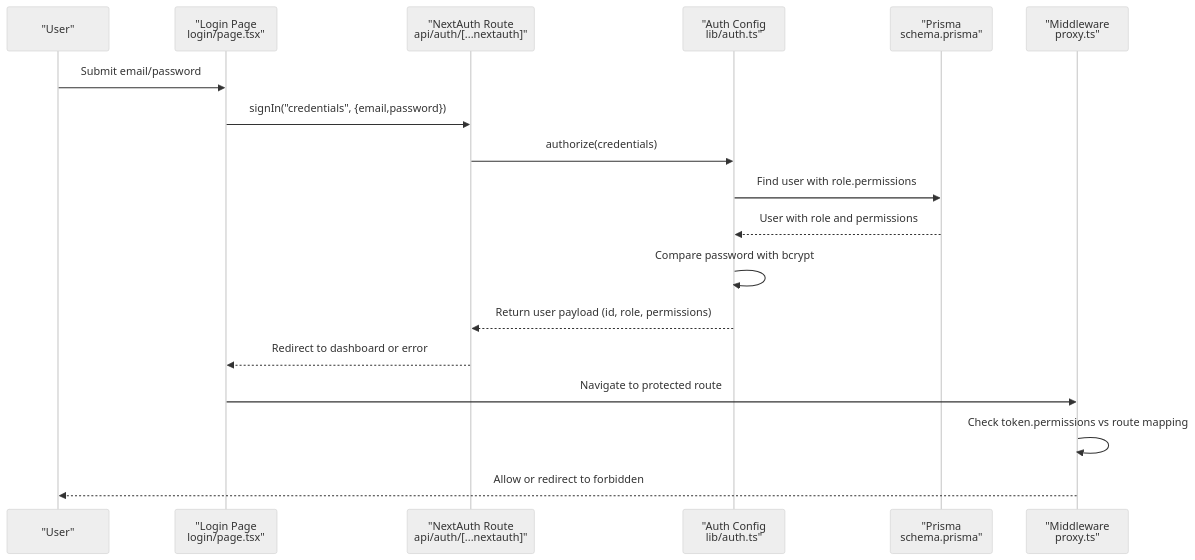
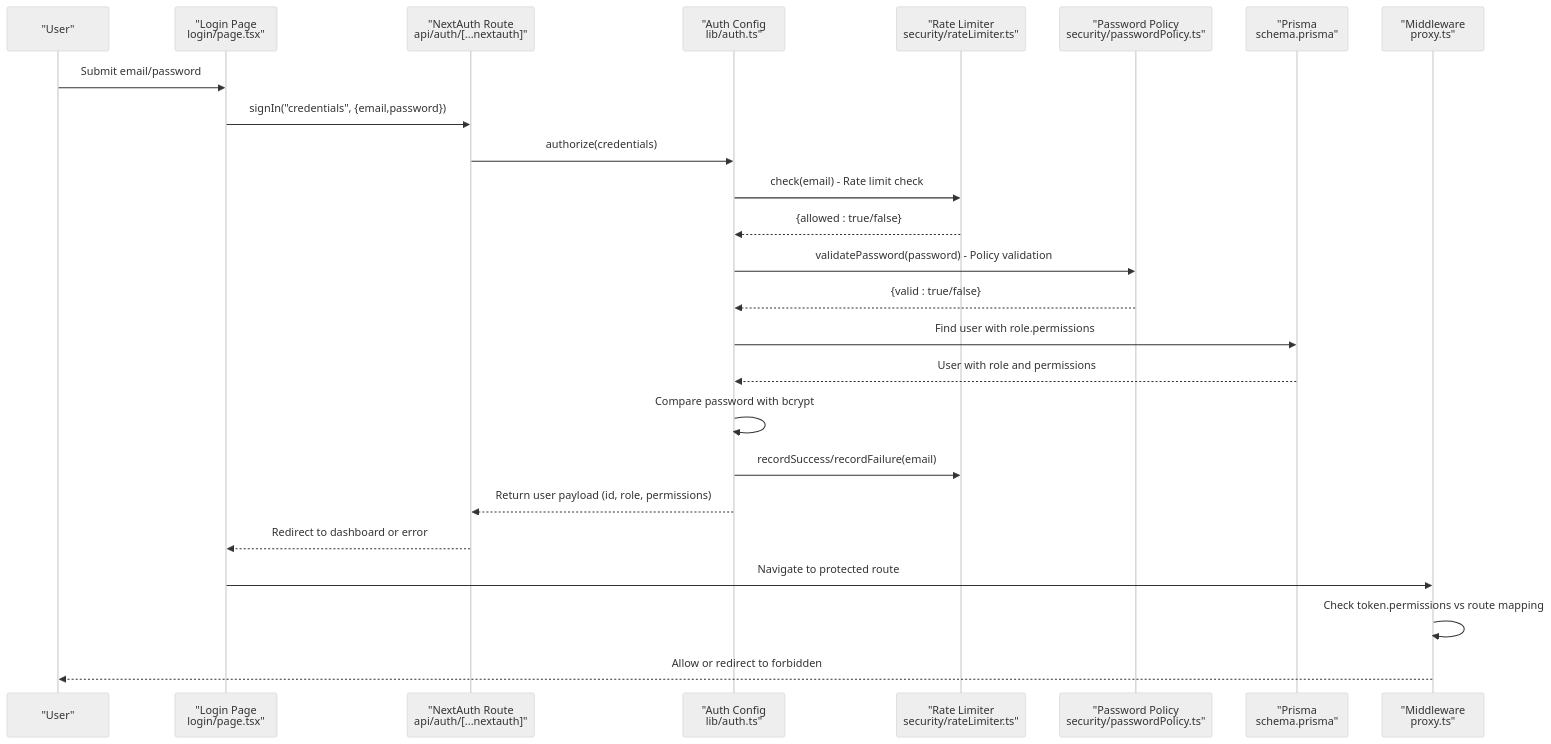
Before and after one commit to bazs69/ApsAsrama: the second of 5 diagrams in .qoder/repowiki/en/content/Authentication & Authorization/Authentication & Authorization.md, drawn with Mermaid (neutral theme). The commit also changed other lines of this file and 293 other files, not shown here.

````diff
--- a/.qoder/repowiki/en/content/Authentication & Authorization/Authentication & Authorization.md
+++ b/.qoder/repowiki/en/content/Authentication & Authorization/Authentication & Authorization.md
@@ -110,20 +145,27 @@
 ```mermaid
 sequenceDiagram
 participant U as "User"
 participant LP as "Login Page<br/>login/page.tsx"
 participant NA as "NextAuth Route<br/>api/auth/[...nextauth]"
 participant AC as "Auth Config<br/>lib/auth.ts"
+participant RL as "Rate Limiter<br/>security/rateLimiter.ts"
+participant PS as "Password Policy<br/>security/passwordPolicy.ts"
 participant PR as "Prisma<br/>schema.prisma"
 participant MW as "Middleware<br/>proxy.ts"
 U->>LP : Submit email/password
 LP->>NA : signIn("credentials", {email,password})
 NA->>AC : authorize(credentials)
+AC->>RL : check(email) - Rate limit check
+RL-->>AC : {allowed : true/false}
+AC->>PS : validatePassword(password) - Policy validation
+PS-->>AC : {valid : true/false}
 AC->>PR : Find user with role.permissions
 PR-->>AC : User with role and permissions
 AC->>AC : Compare password with bcrypt
+AC->>RL : recordSuccess/recordFailure(email)
 AC-->>NA : Return user payload (id, role, permissions)
 NA-->>LP : Redirect to dashboard or error
 LP->>MW : Navigate to protected route
 MW->>MW : Check token.permissions vs route mapping
 MW-->>U : Allow or redirect to forbidden
 ```
````
